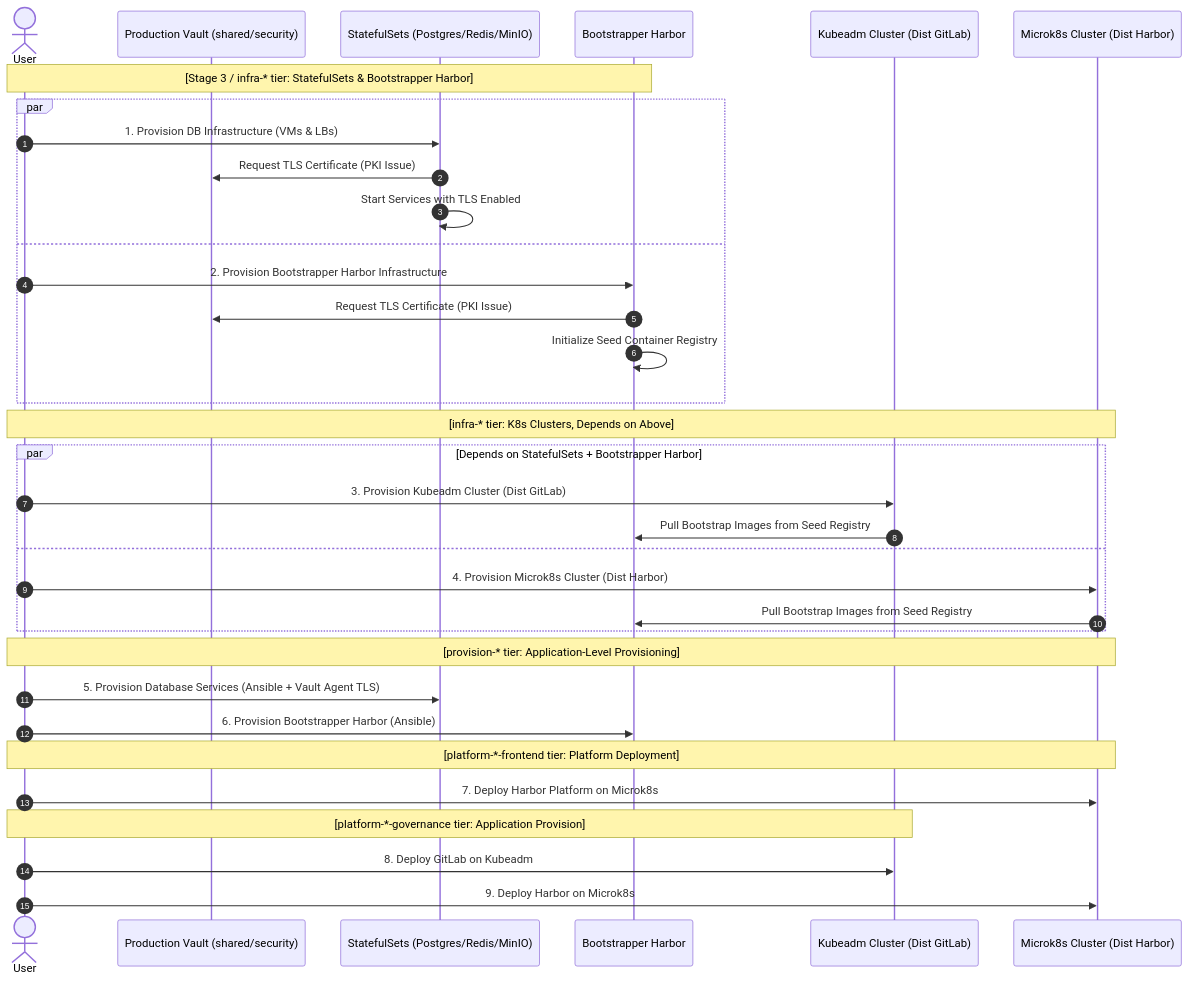
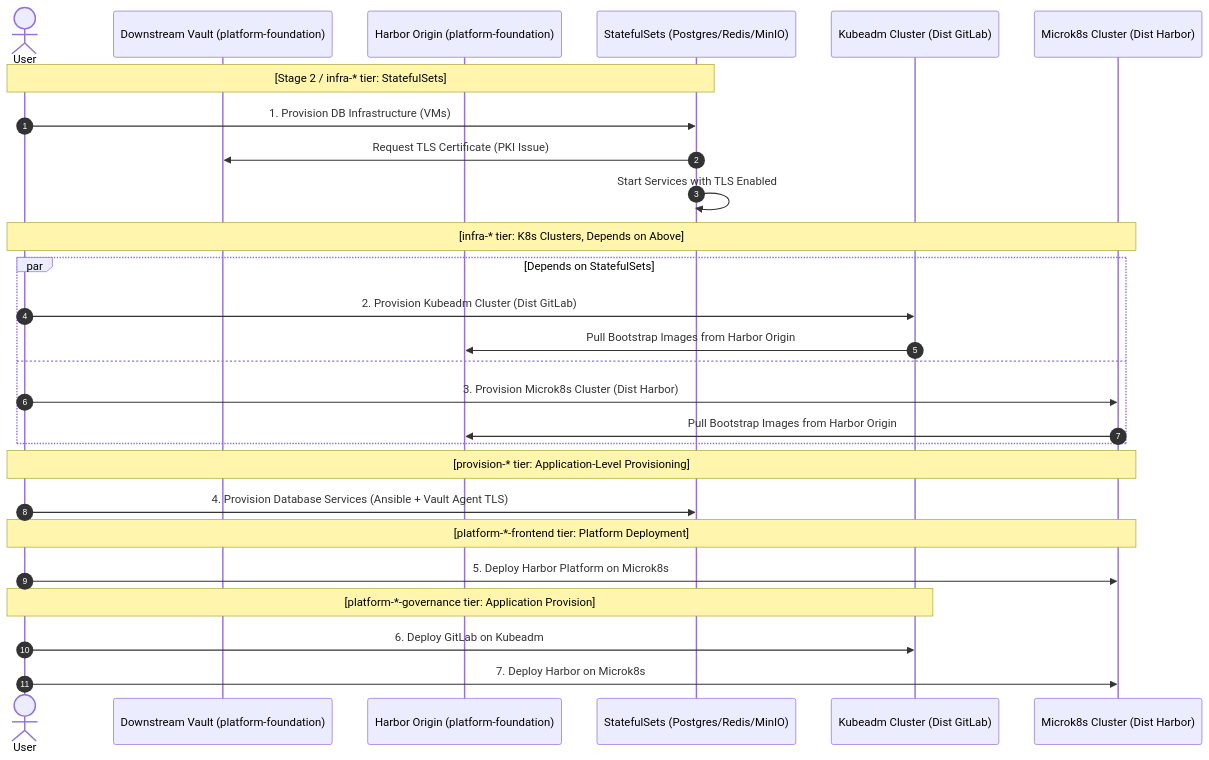
Before and after one commit to csning1998/on-premise-gitlab-deployment: the second of 2 diagrams in documentation/en/architecture/deployment-workflow.md, drawn with Mermaid. The commit also changed other lines of this file and 65 other files, not shown here.

````diff
--- a/documentation/en/architecture/deployment-workflow.md
+++ b/documentation/en/architecture/deployment-workflow.md
@@ -41,41 +28,34 @@
 ```mermaid
 sequenceDiagram
     autonumber
     actor User
-    participant Prod as Production Vault (shared/security)
+    participant Down as Downstream Vault (platform-foundation)
+    participant Origin as Harbor Origin (platform-foundation)
     participant SS as StatefulSets (Postgres/Redis/MinIO)
-    participant Harbor as Bootstrapper Harbor
     participant K8sGit as Kubeadm Cluster (Dist GitLab)
     participant K8sHbr as Microk8s Cluster (Dist Harbor)
 
-    Note over User, Harbor: [Stage 3 / infra-* tier: StatefulSets & Bootstrapper Harbor]
-    par
-        User->>SS: 1. Provision DB Infrastructure (VMs & LBs)
-        SS->>Prod: Request TLS Certificate (PKI Issue)
-        SS->>SS: Start Services with TLS Enabled
-    and
-        User->>Harbor: 2. Provision Bootstrapper Harbor Infrastructure
-        Harbor->>Prod: Request TLS Certificate (PKI Issue)
-        Harbor->>Harbor: Initialize Seed Container Registry
-    end
+    Note over User, SS: [Stage 2 / infra-* tier: StatefulSets]
+    User->>SS: 1. Provision DB Infrastructure (VMs)
+    SS->>Down: Request TLS Certificate (PKI Issue)
+    SS->>SS: Start Services with TLS Enabled
 
     Note over User, K8sHbr: [infra-* tier: K8s Clusters, Depends on Above]
-    par Depends on StatefulSets + Bootstrapper Harbor
-        User->>K8sGit: 3. Provision Kubeadm Cluster (Dist GitLab)
-        K8sGit->>Harbor: Pull Bootstrap Images from Seed Registry
+    par Depends on StatefulSets
+        User->>K8sGit: 2. Provision Kubeadm Cluster (Dist GitLab)
+        K8sGit->>Origin: Pull Bootstrap Images from Harbor Origin
     and
-        User->>K8sHbr: 4. Provision Microk8s Cluster (Dist Harbor)
-        K8sHbr->>Harbor: Pull Bootstrap Images from Seed Registry
+        User->>K8sHbr: 3. Provision Microk8s Cluster (Dist Harbor)
+        K8sHbr->>Origin: Pull Bootstrap Images from Harbor Origin
     end
 
     Note over User, K8sHbr: [provision-* tier: Application-Level Provisioning]
-    User->>SS: 5. Provision Database Services (Ansible + Vault Agent TLS)
-    User->>Harbor: 6. Provision Bootstrapper Harbor (Ansible)
+    User->>SS: 4. Provision Database Services (Ansible + Vault Agent TLS)
 
     Note over User, K8sHbr: [platform-*-frontend tier: Platform Deployment]
-    User->>K8sHbr: 7. Deploy Harbor Platform on Microk8s
+    User->>K8sHbr: 5. Deploy Harbor Platform on Microk8s
 
     Note over User, K8sGit: [platform-*-governance tier: Application Provision]
-    User->>K8sGit: 8. Deploy GitLab on Kubeadm
-    User->>K8sHbr: 9. Deploy Harbor on Microk8s
+    User->>K8sGit: 6. Deploy GitLab on Kubeadm
+    User->>K8sHbr: 7. Deploy Harbor on Microk8s
 ```
````
